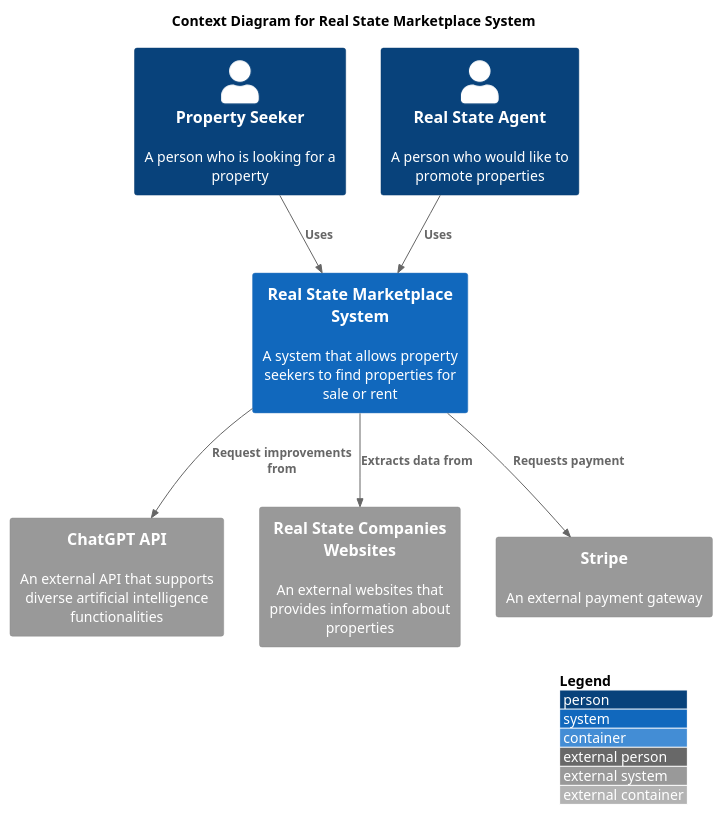
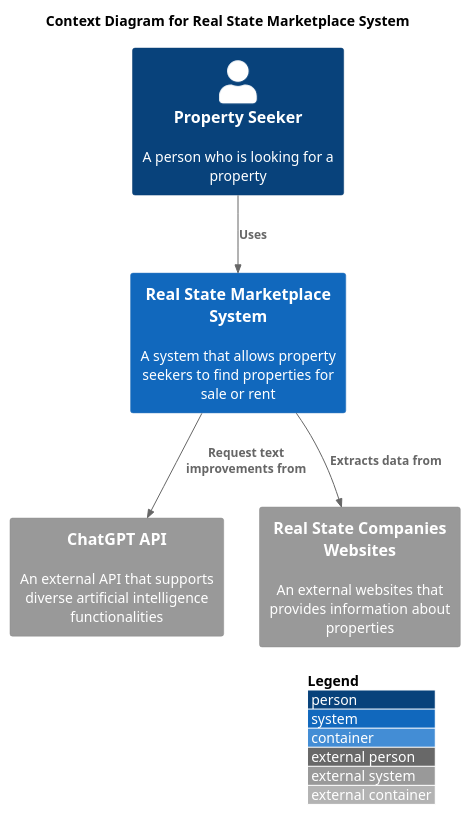
Before and after one commit to jtsato/properties-api-netcore: the diagram in docs/c4-models/01-Context-Diagram.puml, drawn with PlantUML. The commit also changed 1 other file, not shown here.

Commit message:
docs(c4): update c4 diagrams

```diff
--- a/docs/c4-models/01-Context-Diagram.puml
+++ b/docs/c4-models/01-Context-Diagram.puml
@@ -1,27 +1,27 @@
 @startuml 01-ContextDiagram
 !include <C4/C4_Container>
 
 /' Level 1: System Context diagram
    A System Context diagram is a good starting point for diagramming and documenting a software system, 
    allowing you to step back and see the big picture.
 '/
 
 title "Context Diagram for Real State Marketplace System"
 
 Person(seeker, "Property Seeker", "A person who is looking for a property")
-Person(agent, "Real State Agent", "A person who would like to promote properties")
+'Person(agent, "Real State Agent", "A person who would like to promote properties")
 
 System(realState, "Real State Marketplace System", "A system that allows property seekers to find properties for sale or rent")
 System_Ext(chatGpt, "ChatGPT API", "An external API that supports diverse artificial intelligence functionalities")
 System_Ext(websites, "Real State Companies Websites", "An external websites that provides information about properties")
-System_Ext(stripe, "Stripe", "An external payment gateway")
+'System_Ext(stripe, "Stripe", "An external payment gateway")
 
 Rel(seeker, realState, "Uses")
-Rel(agent, realState, "Uses")
-Rel(realState, chatGpt, "Request improvements from")
+'Rel(agent, realState, "Uses")
+Rel(realState, chatGpt, "Request text improvements from")
 Rel(realState, websites, "Extracts data from")
-Rel(realState, stripe, "Requests payment")
+'Rel(realState, stripe, "Requests payment")
 
 LAYOUT_WITH_LEGEND()
 
 @enduml
```
